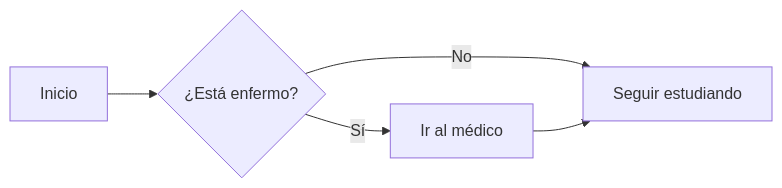
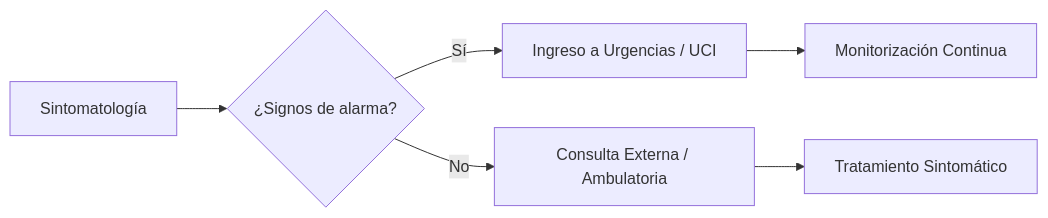
One commit to Uremy/taimilog changed the diagram in content/biblioteca/blog/sintaxis.mdx. Above: the diagram before and after it, drawn with Mermaid. The commit also changed other lines of this file and 12 other files, not shown here.

````diff
--- a/content/biblioteca/blog/sintaxis.mdx
+++ b/content/biblioteca/blog/sintaxis.mdx
@@ -148,7 +212,8 @@
 ```mermaid
 graph LR;
-    A[Inicio] --> B{¿Está enfermo?};
-    B -- Sí --> C[Ir al médico];
-    B -- No --> D[Seguir estudiando];
-    C --> D;
+    A[Sintomatología] --> B{¿Signos de alarma?};
+    B -- Sí --> C[Ingreso a Urgencias / UCI];
+    B -- No --> D[Consulta Externa / Ambulatoria];
+    C --> E[Monitorización Continua];
+    D --> F[Tratamiento Sintomático];
 ```
````
